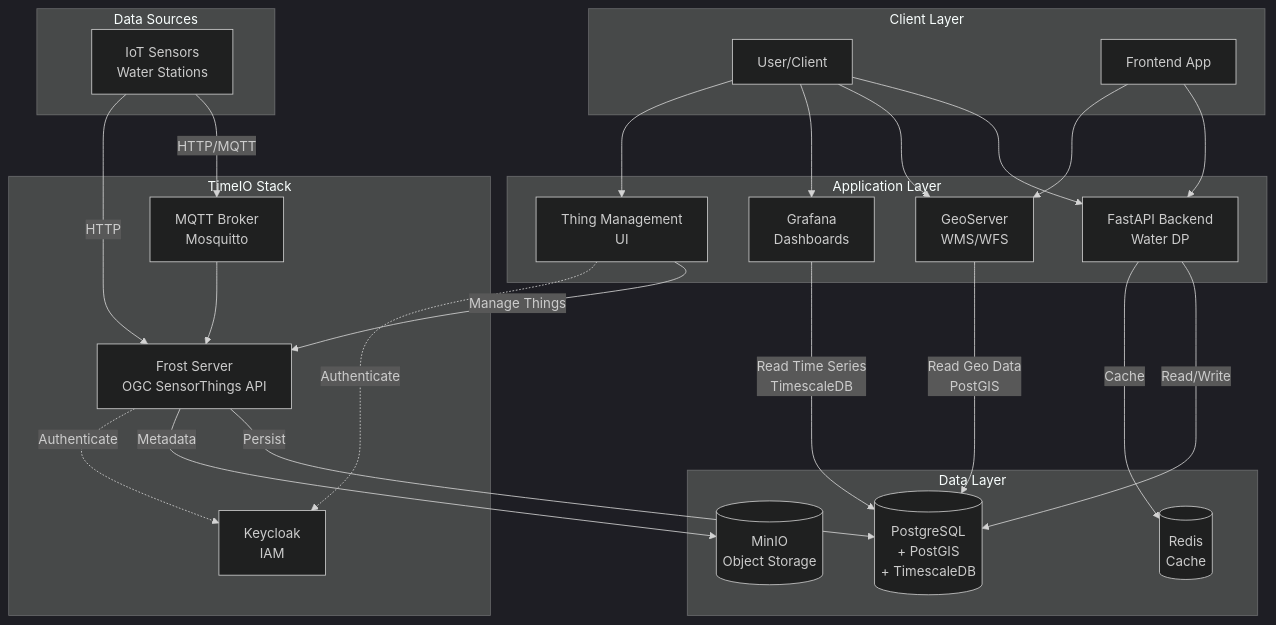
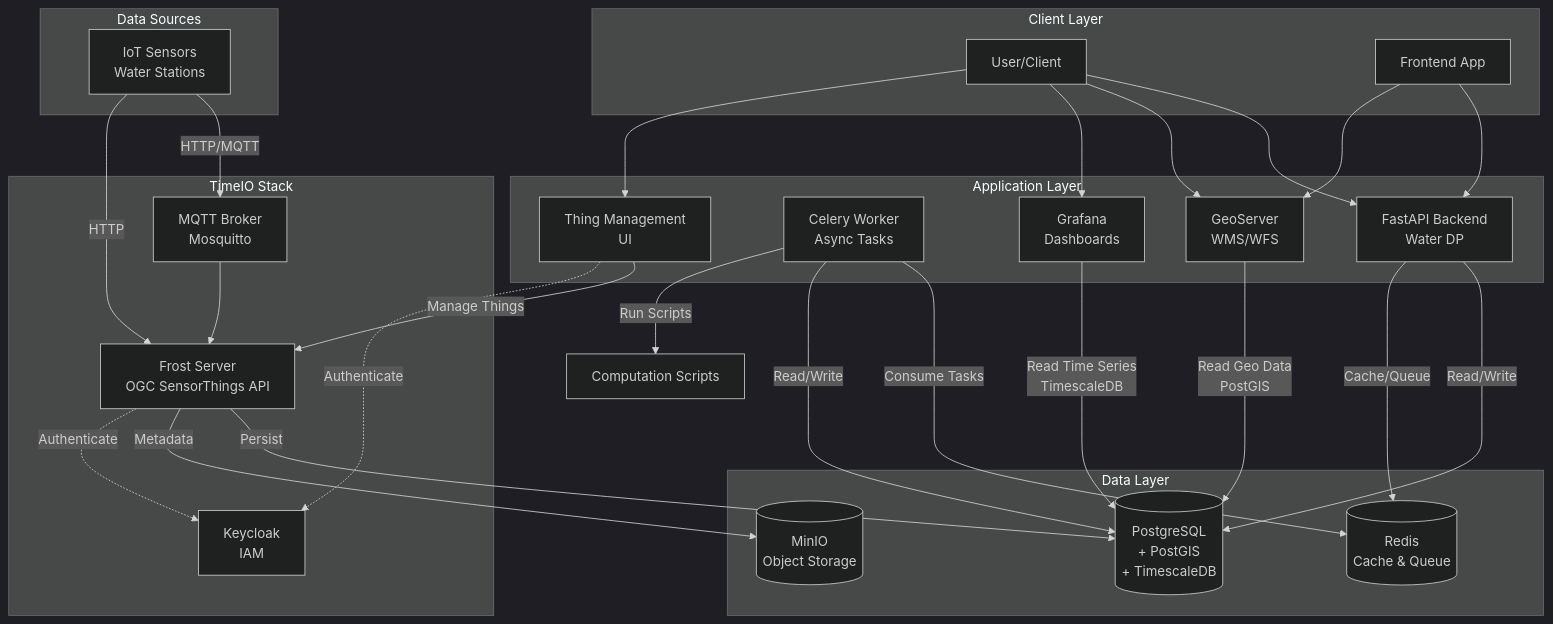
The second of 2 diagrams in README.md (Siki-ux/water_dp-api), drawn with Mermaid (dark theme) before and after one commit. The commit also changed other lines of this file and 20 other files, not shown here.

Commit message:
[feat] Worker, bulk, computation

````diff
--- a/README.md
+++ b/README.md
@@ -86,56 +145,60 @@
 ```mermaid
 graph TB
     subgraph "Client Layer"
         User[User/Client]
         Frontend[Frontend App]
     end
     
     subgraph "Application Layer"
         API[FastAPI Backend<br/>Water DP]
+        Worker[Celery Worker<br/>Async Tasks]
         GeoServer[GeoServer<br/>WMS/WFS]
         Grafana[Grafana<br/>Dashboards]
         ThingMgmt[Thing Management<br/>UI]
     end
     
     subgraph "TimeIO Stack"
         Frost[Frost Server<br/>OGC SensorThings API]
         MQTT[MQTT Broker<br/>Mosquitto]
         Keycloak[Keycloak<br/>IAM]
     end
     
     subgraph "Data Layer"
         DB[(PostgreSQL<br/>+ PostGIS<br/>+ TimescaleDB)]
-        Redis[(Redis<br/>Cache)]
+        Redis[(Redis<br/>Cache & Queue)]
         MinIO[(MinIO<br/>Object Storage)]
     end
     
     subgraph "Data Sources"
         Sensors[IoT Sensors<br/>Water Stations]
     end
     
     %% User connections
     User --> API
     User --> GeoServer
     User --> Grafana
     User --> ThingMgmt
     Frontend --> API
     Frontend --> GeoServer
     
     %% Application layer connections
     API -->|Read/Write| DB
-    API -->|Cache| Redis
+    API -->|Cache/Queue| Redis
+    Worker -->|Consume Tasks| Redis
+    Worker -->|Read/Write| DB
+    Worker -->|Run Scripts| Computations[Computation Scripts]
     GeoServer -->|Read Geo Data<br/>PostGIS| DB
     Grafana -->|Read Time Series<br/>TimescaleDB| DB
     ThingMgmt -->|Manage Things| Frost
     
     %% TimeIO connections
     Frost -->|Persist| DB
     Frost -->|Metadata| MinIO
     Frost -.->|Authenticate| Keycloak
     ThingMgmt -.->|Authenticate| Keycloak
     
     %% Sensor data flow
     Sensors -->|HTTP/MQTT| MQTT
     MQTT --> Frost
     Sensors -->|HTTP| Frost
 ```
````
